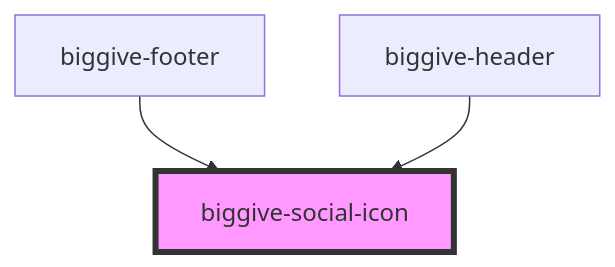
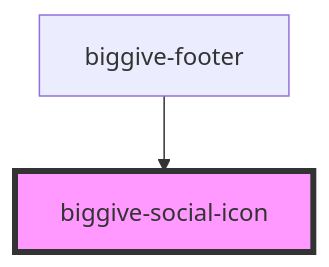
Before and after one commit to thebiggive/donate-frontend: the diagram in src/components/biggive-social-icon/readme.md, drawn with Mermaid. The commit also changed other lines of this file and 31 other files, not shown here.

````diff
--- a/src/components/biggive-social-icon/readme.md
+++ b/src/components/biggive-social-icon/readme.md
@@ -26,6 +25,5 @@
 ```mermaid
 graph TD;
   biggive-footer --> biggive-social-icon
-  biggive-header --> biggive-social-icon
   style biggive-social-icon fill:#f9f,stroke:#333,stroke-width:4px
 ```
````
